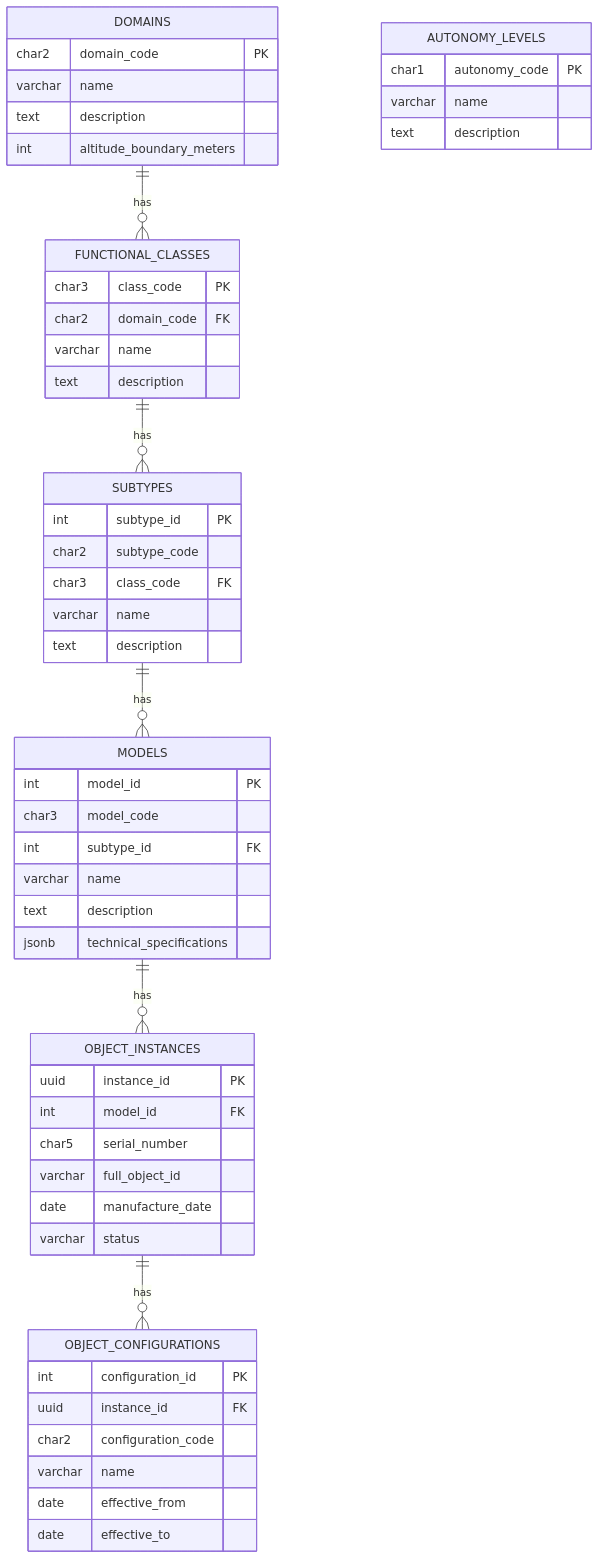
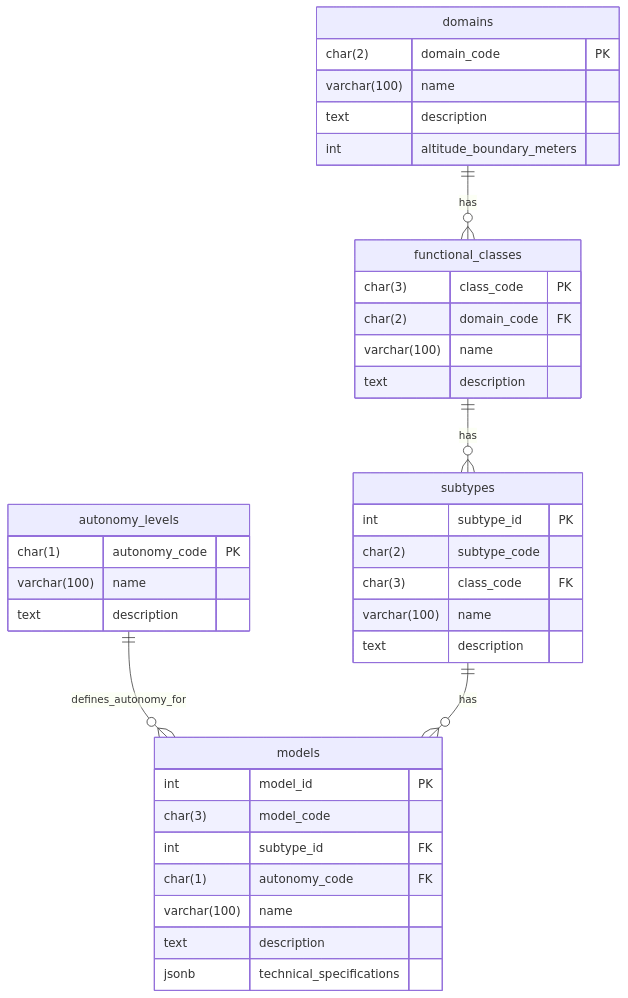
One commit to ampel360/Robbbo-T changed the second of 5 diagrams in README.md. Above: the diagram before and after it, drawn with Mermaid. The commit also changed other lines of this file, not shown here.

````diff
--- a/README.md
+++ b/README.md
@@ -1151,57 +1424,45 @@
 ```mermaid
 erDiagram
-    DOMAINS {
-        char2 domain_code PK
-        varchar name
+    domains {
+        char(2) domain_code PK
+        varchar(100) name
         text description
         int altitude_boundary_meters
     }
-    AUTONOMY_LEVELS {
-        char1 autonomy_code PK
-        varchar name
+
+    autonomy_levels {
+        char(1) autonomy_code PK
+        varchar(100) name
         text description
     }
-    FUNCTIONAL_CLASSES {
-        char3 class_code PK
-        char2 domain_code FK
-        varchar name
+
+    functional_classes {
+        char(3) class_code PK
+        char(2) domain_code FK
+        varchar(100) name
         text description
     }
-    SUBTYPES {
+
+    subtypes {
         int subtype_id PK
-        char2 subtype_code
-        char3 class_code FK
-        varchar name
+        char(2) subtype_code
+        char(3) class_code FK
+        varchar(100) name
         text description
     }
-    MODELS {
+
+    models {
         int model_id PK
-        char3 model_code
+        char(3) model_code
         int subtype_id FK
-        varchar name
+        char(1) autonomy_code FK
+        varchar(100) name
         text description
         jsonb technical_specifications
     }
-    OBJECT_INSTANCES {
-        uuid instance_id PK
-        int model_id FK
-        char5 serial_number
-        varchar full_object_id
-        date manufacture_date
-        varchar status
-    }
-    OBJECT_CONFIGURATIONS {
-        int configuration_id PK
-        uuid instance_id FK
-        char2 configuration_code
-        varchar name
-        date effective_from
-        date effective_to
-    }
-    
-    DOMAINS ||--o{ FUNCTIONAL_CLASSES : "has"
-    FUNCTIONAL_CLASSES ||--o{ SUBTYPES : "has"
-    SUBTYPES ||--o{ MODELS : "has"
-    MODELS ||--o{ OBJECT_INSTANCES : "has"
-    OBJECT_INSTANCES ||--o{ OBJECT_CONFIGURATIONS : "has"
+
+    domains ||--o{ functional_classes : "has"
+    autonomy_levels ||--o{ models : "defines_autonomy_for"
+    functional_classes ||--o{ subtypes : "has"
+    subtypes ||--o{ models : "has"
 ```
````
